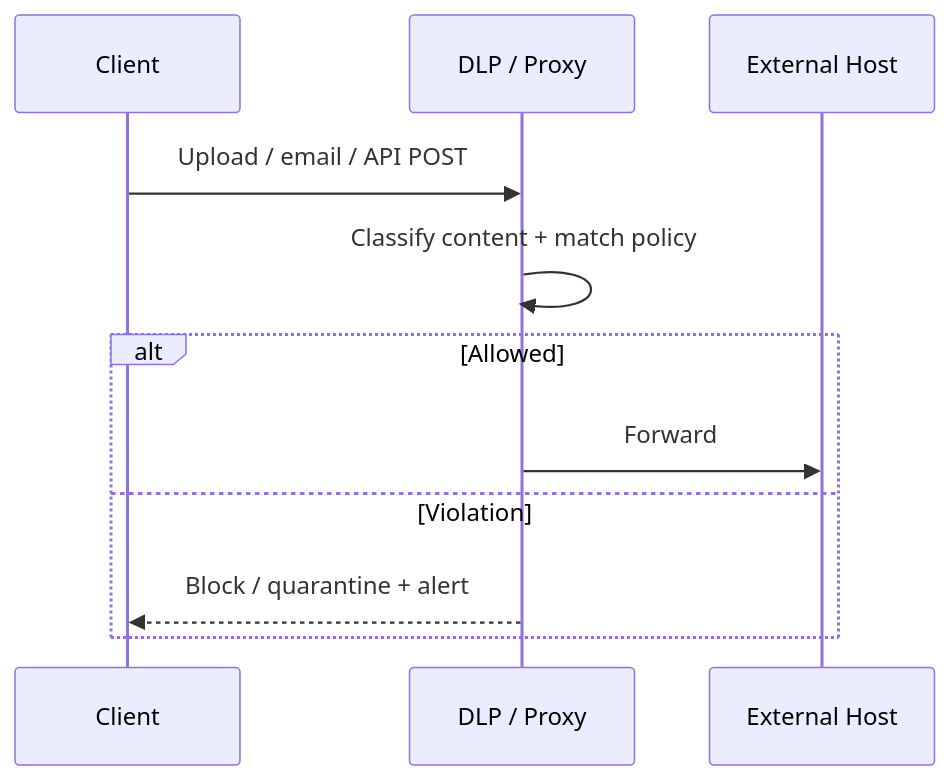
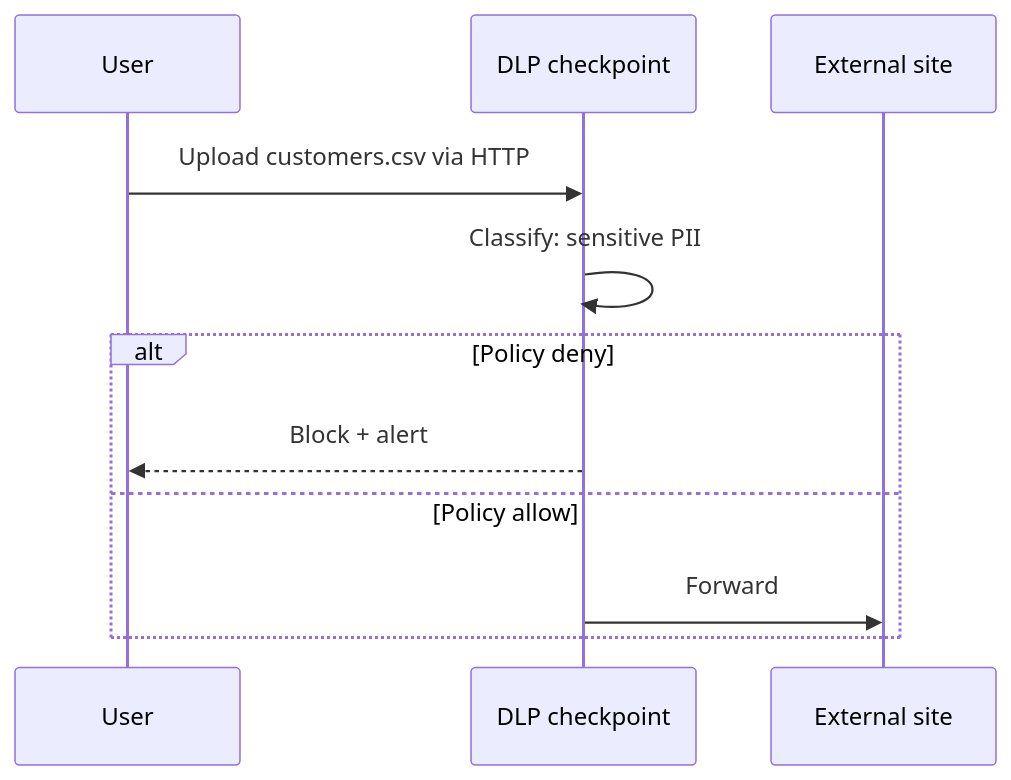
Before and after one commit to omnayak27199/pktana: the second of 5 diagrams in learning/13-dlp-idps.md, drawn with Mermaid. The commit also changed other lines of this file and 14 other files, not shown here.

First line of the commit message:
docs: rewrite Learn path with diagrams, quizzes, and protocol links

````diff
--- a/learning/13-dlp-idps.md
+++ b/learning/13-dlp-idps.md
@@ -47,13 +40,13 @@
 ```mermaid
 sequenceDiagram
-  participant Client
-  participant Proxy as DLP / Proxy
-  participant Cloud as External Host
-  Client->>Proxy: Upload / email / API POST
-  Proxy->>Proxy: Classify content + match policy
-  alt Allowed
-    Proxy->>Cloud: Forward
-  else Violation
-    Proxy-->>Client: Block / quarantine + alert
+  participant User
+  participant DLP as DLP checkpoint
+  participant Cloud as External site
+  User->>DLP: Upload customers.csv via HTTP
+  DLP->>DLP: Classify: sensitive PII
+  alt Policy deny
+    DLP-->>User: Block + alert
+  else Policy allow
+    DLP->>Cloud: Forward
   end
 ```
````
